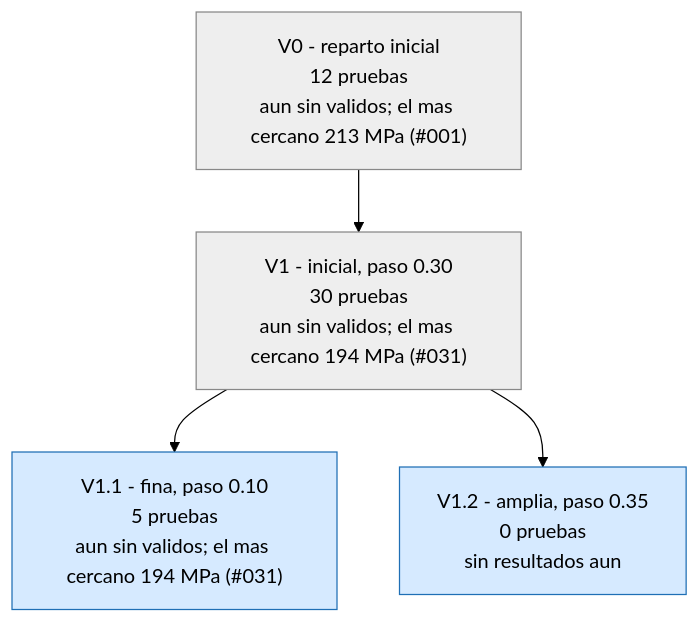
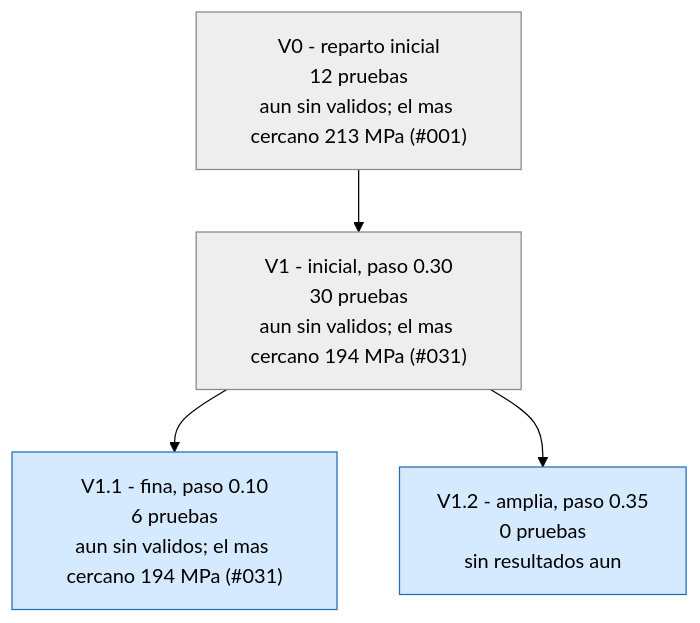
The first of 3 diagrams in runs/opt_37800N/ARBOL.md (Hugiko/msd-soporte-optimizacion), drawn with Mermaid (forest theme) before and after one commit. The commit also changed 19 other files, not shown here.

````diff
--- a/runs/opt_37800N/ARBOL.md
+++ b/runs/opt_37800N/ARBOL.md
@@ -9,13 +9,13 @@
 ```mermaid
 graph TD
 classDef activa fill:#d6eaff,stroke:#1f6fb5,color:#000
 classDef fin fill:#eeeeee,stroke:#888,color:#000
 classDef mejor fill:#c8f0c0,stroke:#1a9850,stroke-width:4px,color:#000
 V0["V0 - reparto inicial<br/>12 pruebas<br/>aun sin validos; el mas cercano 213 MPa (#001)"]:::fin
 V1["V1 - inicial, paso 0.30<br/>30 pruebas<br/>aun sin validos; el mas cercano 194 MPa (#031)"]:::fin
 V0 --> V1
-V1_1["V1.1 - fina, paso 0.10<br/>5 pruebas<br/>aun sin validos; el mas cercano 194 MPa (#031)"]:::activa
+V1_1["V1.1 - fina, paso 0.10<br/>6 pruebas<br/>aun sin validos; el mas cercano 194 MPa (#031)"]:::activa
 V1 --> V1_1
 V1_2["V1.2 - amplia, paso 0.35<br/>0 pruebas<br/>sin resultados aun"]:::activa
 V1 --> V1_2
 ```
````
